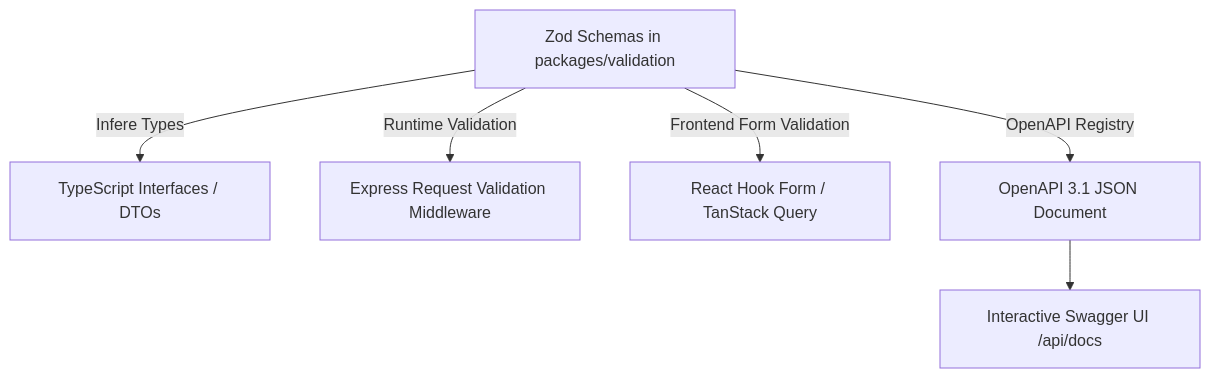
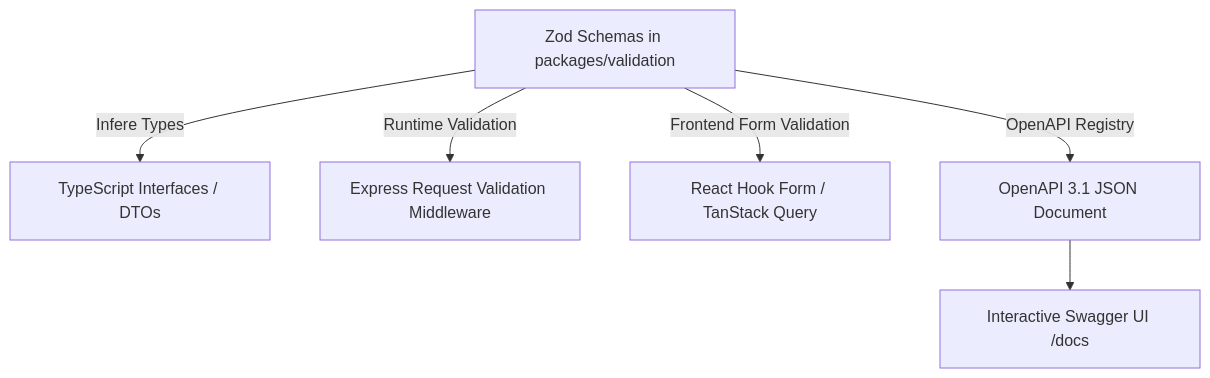
One commit to Hitsanat-Kfl/hitsanat changed the diagram in docs/api/openapi.md. Above: the diagram before and after it, drawn with Mermaid. The commit also changed other lines of this file and 59 other files, not shown here.

````diff
--- a/docs/api/openapi.md
+++ b/docs/api/openapi.md
@@ -14,11 +14,11 @@
 ```mermaid
 graph TD
     ZodSchemas[Zod Schemas in packages/validation]
     
     ZodSchemas -->|Infere Types| TSTypes[TypeScript Interfaces / DTOs]
     ZodSchemas -->|Runtime Validation| ExpressValidators[Express Request Validation Middleware]
     ZodSchemas -->|Frontend Form Validation| ReactHookForm[React Hook Form / TanStack Query]
     ZodSchemas -->|OpenAPI Registry| OpenAPISpec[OpenAPI 3.1 JSON Document]
     
-    OpenAPISpec --> SwaggerUI[Interactive Swagger UI /api/docs]
+    OpenAPISpec --> SwaggerUI[Interactive Swagger UI /docs]
 ```
````
